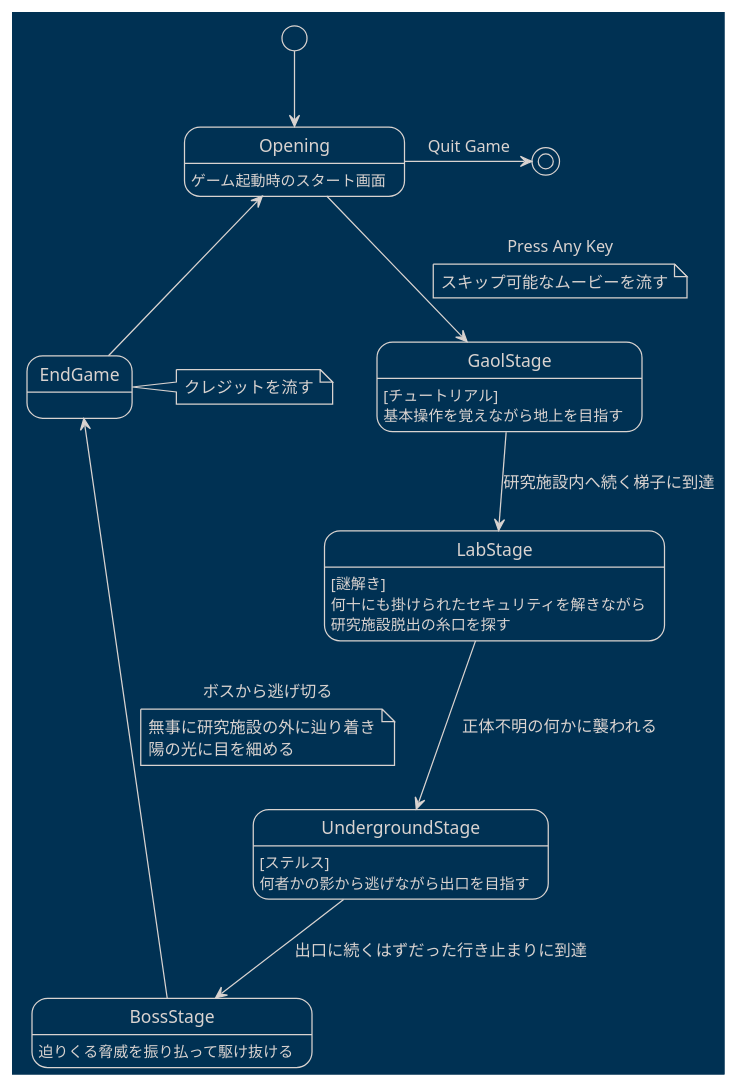
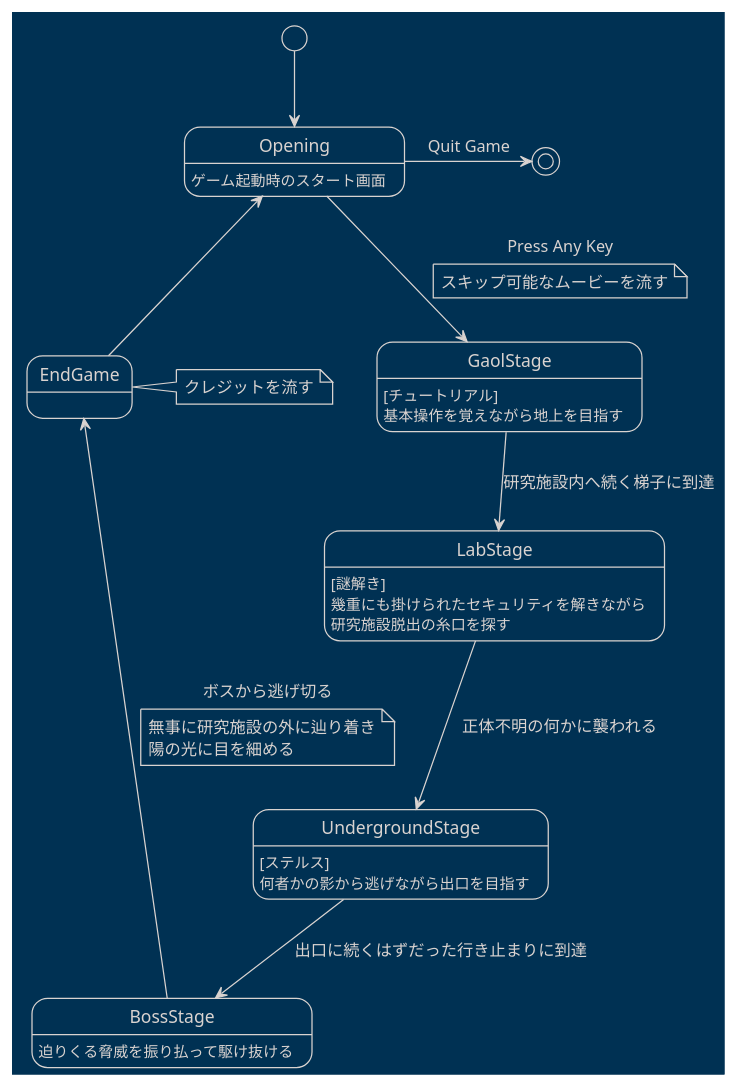
Before and after one commit to panno8M/Gamedev2022a: the diagram in docs/umls/StageTransition.pu, drawn with PlantUML.

Commit message:
誤字を修正

```diff
--- a/docs/umls/StageTransition.pu
+++ b/docs/umls/StageTransition.pu
@@ -1,40 +1,40 @@
 @startuml Stage Transition
 !theme blueprint
 
 
 [*] --> Opening
 
 Opening --> GaolStage : Press Any Key
 note on link
   スキップ可能なムービーを流す
 end note
 GaolStage --> LabStage : 研究施設内へ続く梯子に到達
 LabStage --> UndergroundStage : 正体不明の何かに襲われる
 UndergroundStage --> BossStage : 出口に続くはずだった行き止まりに到達
 BossStage -l> EndGame : ボスから逃げ切る
 note on link
   無事に研究施設の外に辿り着き
   陽の光に目を細める
 end note
 EndGame -u-> Opening
 Opening -> [*] : Quit Game
 
 Opening : ゲーム起動時のスタート画面
 
 GaolStage : [チュートリアル]
 GaolStage : 基本操作を覚えながら地上を目指す
 
 LabStage : [謎解き]
-LabStage : 何十にも掛けられたセキュリティを解きながら
+LabStage : 幾重にも掛けられたセキュリティを解きながら
 LabStage : 研究施設脱出の糸口を探す
 
 UndergroundStage : [ステルス]
 UndergroundStage : 何者かの影から逃げながら出口を目指す
 
 BossStage : 迫りくる脅威を振り払って駆け抜ける
 
 note right of EndGame
   クレジットを流す
 end note
 
 @enduml
```
